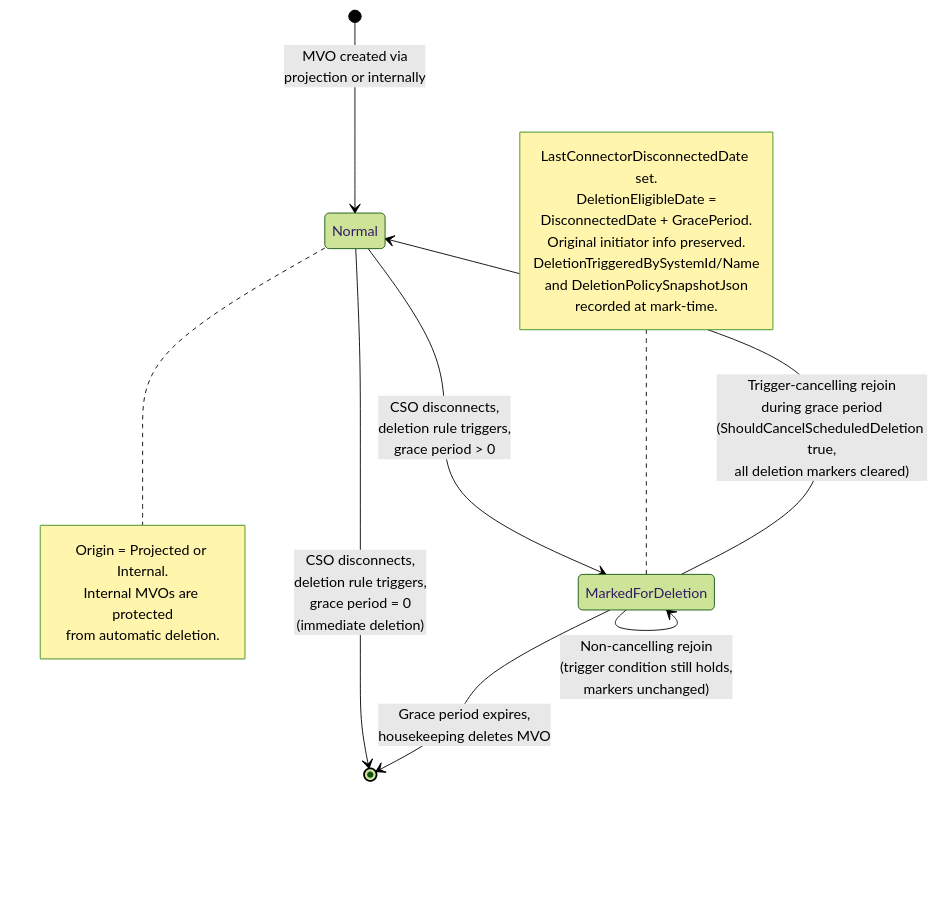
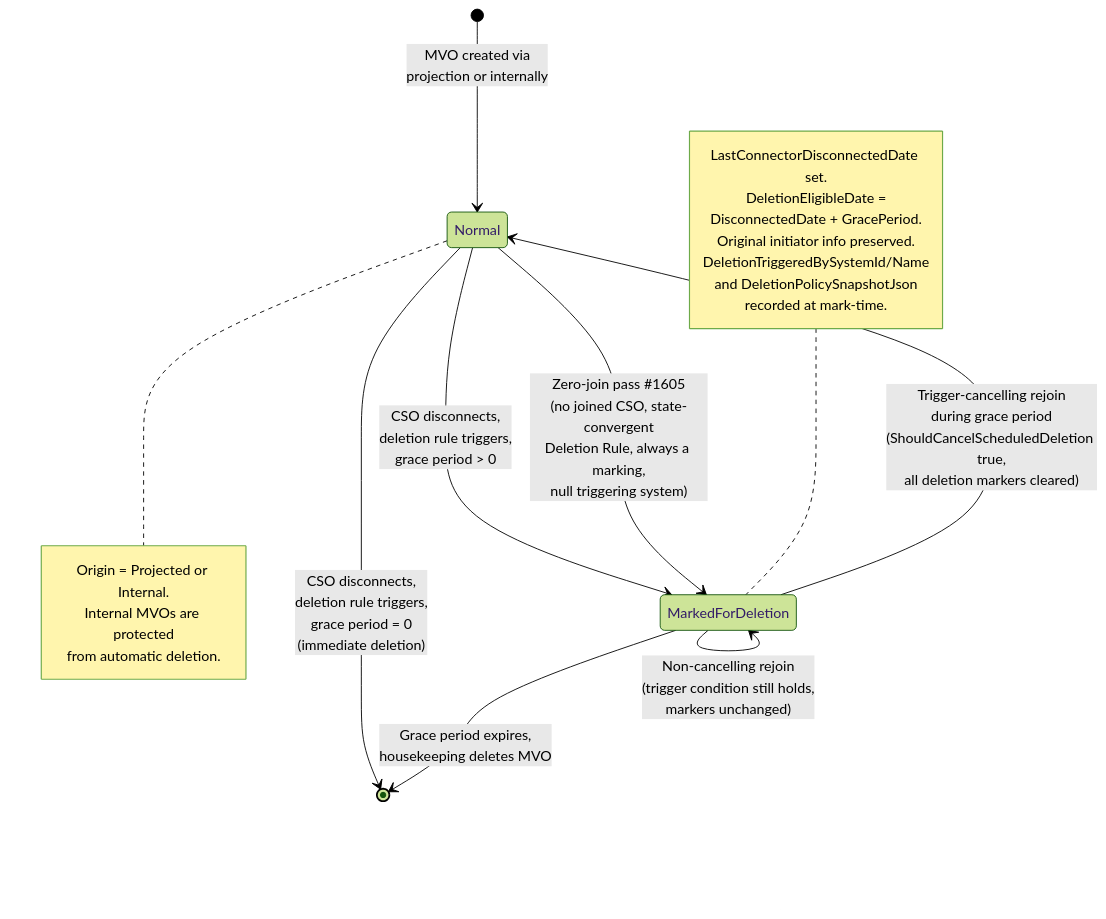
Before and after one commit to TetronIO/JIM: the seventh of 7 diagrams in docs/developer/diagrams/MVO_DELETION_AND_GRACE_PERIOD.md, drawn with Mermaid (forest theme). The commit also changed other lines of this file and 49 other files, not shown here.

Commit message:
docs: update documentation, diagrams and changelog for v0.15.0 release

````diff
--- a/docs/developer/diagrams/MVO_DELETION_AND_GRACE_PERIOD.md
+++ b/docs/developer/diagrams/MVO_DELETION_AND_GRACE_PERIOD.md
@@ -183,29 +184,31 @@
 ```mermaid
 stateDiagram-v2
     [*] --> Normal: MVO created via<br/>projection or internally
 
     Normal --> MarkedForDeletion: CSO disconnects,<br/>deletion rule triggers,<br/>grace period > 0
+
+    Normal --> MarkedForDeletion: Zero-join pass #1605<br/>(no joined CSO, state-convergent<br/>Deletion Rule, always a marking,<br/>null triggering system)
 
     Normal --> [*]: CSO disconnects,<br/>deletion rule triggers,<br/>grace period = 0<br/>(immediate deletion)
 
     MarkedForDeletion --> Normal: Trigger-cancelling rejoin<br/>during grace period<br/>(ShouldCancelScheduledDeletion true,<br/>all deletion markers cleared)
 
     MarkedForDeletion --> MarkedForDeletion: Non-cancelling rejoin<br/>(trigger condition still holds,<br/>markers unchanged)
 
     MarkedForDeletion --> [*]: Grace period expires,<br/>housekeeping deletes MVO
 
     note right of Normal
         Origin = Projected or Internal.
         Internal MVOs are protected
         from automatic deletion.
     end note
     note left of MarkedForDeletion
         LastConnectorDisconnectedDate set.
         DeletionEligibleDate =
         DisconnectedDate + GracePeriod.
         Original initiator info preserved.
         DeletionTriggeredBySystemId/Name
         and DeletionPolicySnapshotJson
         recorded at mark-time.
     end note
 ```
````
